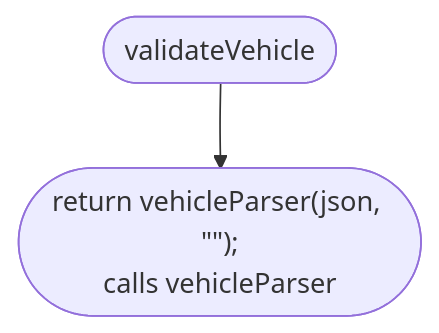
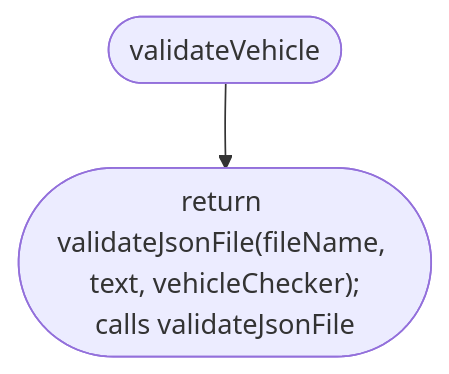
The second of 2 diagrams in docs/flows/src/place/vehicle.md (NewDara-Star/world-engine), drawn with Mermaid before and after one commit. The commit also changed other lines of this file and 18 other files, not shown here.

````diff
--- a/docs/flows/src/place/vehicle.md
+++ b/docs/flows/src/place/vehicle.md
@@ -23,6 +24,6 @@
 ```mermaid
 flowchart TD
   n1(["validateVehicle"])
-  n2(["return vehicleParser(json, #quot;#quot;);<br/>calls vehicleParser"])
+  n2(["return validateJsonFile(fileName, text, vehicleChecker);<br/>calls validateJsonFile"])
   n1 --> n2
 ```
````
